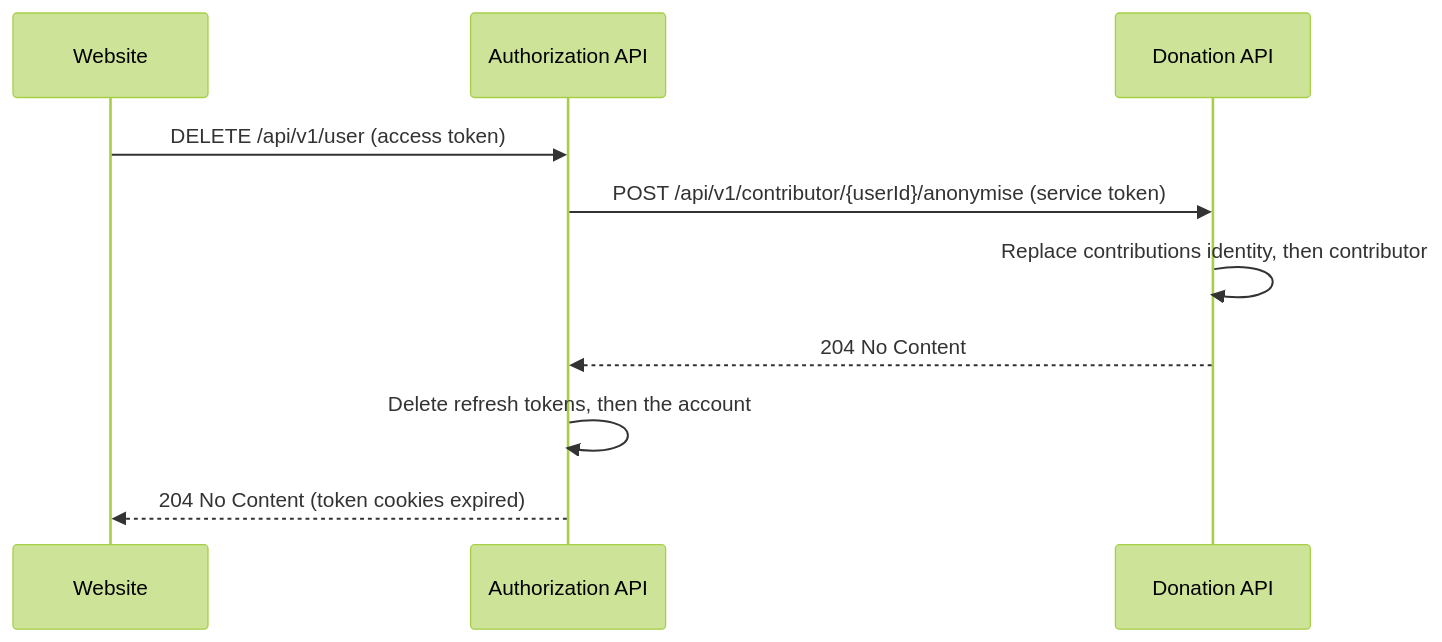
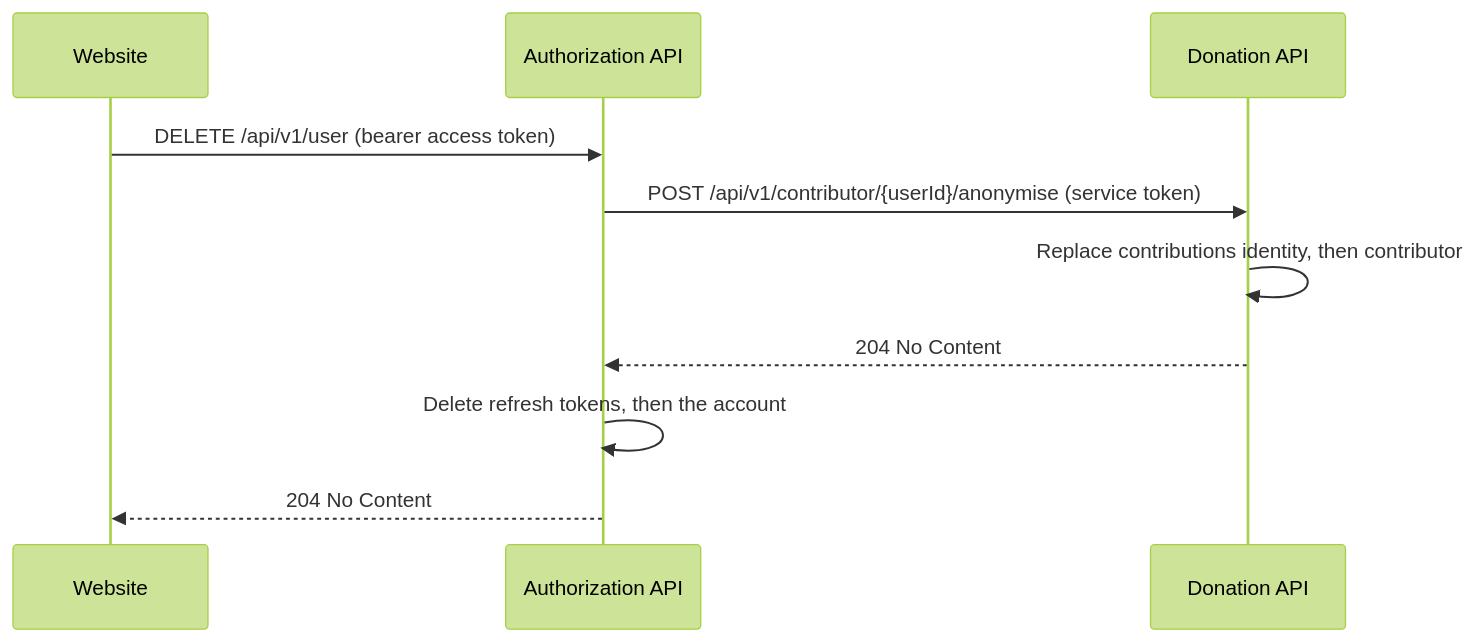
One commit to wouterfennis/TimeForCode changed the fourth of 9 diagrams in docs/architecture/arc42/06-runtime-view.md. Above: the diagram before and after it, drawn with Mermaid (forest theme). The commit also changed other lines of this file and 153 other files, not shown here.

````diff
--- a/docs/architecture/arc42/06-runtime-view.md
+++ b/docs/architecture/arc42/06-runtime-view.md
@@ -66,13 +95,13 @@
 ```mermaid
 sequenceDiagram
     participant Website
     participant AuthAPI as Authorization API
     participant DonationAPI as Donation API
 
-    Website->>AuthAPI: DELETE /api/v1/user (access token)
+    Website->>AuthAPI: DELETE /api/v1/user (bearer access token)
     AuthAPI->>DonationAPI: POST /api/v1/contributor/{userId}/anonymise (service token)
     DonationAPI->>DonationAPI: Replace contributions identity, then contributor
     DonationAPI-->>AuthAPI: 204 No Content
     AuthAPI->>AuthAPI: Delete refresh tokens, then the account
-    AuthAPI-->>Website: 204 No Content (token cookies expired)
+    AuthAPI-->>Website: 204 No Content
 ```
````
